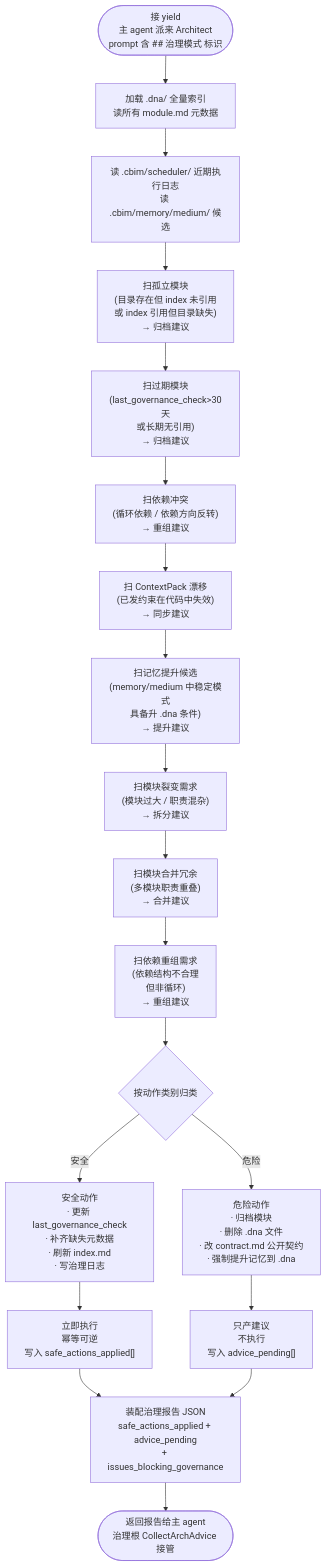
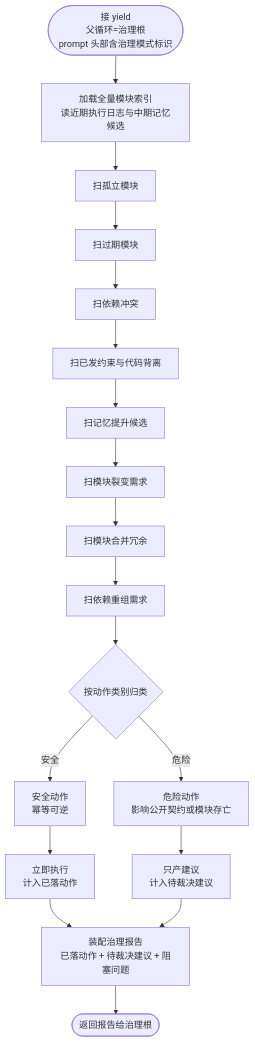
The second of 2 diagrams in design/WORKFLOW-ARCHITECT.zh-CN.md (nan023062/agent-team-cc), drawn with Mermaid before and after one commit. The commit also changed other lines of this file and 36 other files, not shown here.

````diff
--- a/design/WORKFLOW-ARCHITECT.zh-CN.md
+++ b/design/WORKFLOW-ARCHITECT.zh-CN.md
@@ -194,47 +76,34 @@
 ```mermaid
 flowchart TD
-    Yield(["接 yield<br/>主 agent 派来 Architect<br/>prompt 含 ## 治理模式 标识"])
+    Yield(["接 yield<br/>父循环=治理根<br/>prompt 头部含治理模式标识"])
 
-    LoadIdx["加载 .dna/ 全量索引<br/>读所有 module.md 元数据"]
-    LoadLogs["读 .cbim/scheduler/ 近期执行日志<br/>读 .cbim/memory/medium/ 候选"]
+    LoadAll["加载全量模块索引<br/>读近期执行日志与中期记忆候选"]
 
-    Scan1["扫孤立模块<br/>(目录存在但 index 未引用<br/>或 index 引用但目录缺失)<br/>→ 归档建议"]
-    Scan2["扫过期模块<br/>(last_governance_check>30天<br/>或长期无引用)<br/>→ 归档建议"]
-    Scan3["扫依赖冲突<br/>(循环依赖 / 依赖方向反转)<br/>→ 重组建议"]
-    Scan4["扫 ContextPack 漂移<br/>(已发约束在代码中失效)<br/>→ 同步建议"]
-    Scan5["扫记忆提升候选<br/>(memory/medium 中稳定模式<br/>具备升 .dna 条件)<br/>→ 提升建议"]
-    Scan6["扫模块裂变需求<br/>(模块过大 / 职责混杂)<br/>→ 拆分建议"]
-    Scan7["扫模块合并冗余<br/>(多模块职责重叠)<br/>→ 合并建议"]
-    Scan8["扫依赖重组需求<br/>(依赖结构不合理<br/>但非循环)<br/>→ 重组建议"]
+    ScanOrphan["扫孤立模块"]
+    ScanStale["扫过期模块"]
+    ScanCycle["扫依赖冲突"]
+    ScanDrift["扫已发约束与代码背离"]
+    ScanPromote["扫记忆提升候选"]
+    ScanSplit["扫模块裂变需求"]
+    ScanMerge["扫模块合并冗余"]
+    ScanRestructure["扫依赖重组需求"]
 
     Classify{"按动作类别归类"}
 
-    Safe["安全动作<br/>· 更新 last_governance_check<br/>· 补齐缺失元数据<br/>· 刷新 index.md<br/>· 写治理日志"]
-    SafeApply["立即执行<br/>幂等可逆<br/>写入 safe_actions_applied[]"]
+    Safe["安全动作<br/>幂等可逆"]
+    SafeApply["立即执行<br/>计入已落动作"]
 
-    Risky["危险动作<br/>· 归档模块<br/>· 删除 .dna 文件<br/>· 改 contract.md 公开契约<br/>· 强制提升记忆到 .dna"]
-    RiskyAdvise["只产建议<br/>不执行<br/>写入 advice_pending[]"]
+    Risky["危险动作<br/>影响公开契约或模块存亡"]
+    RiskyAdvise["只产建议<br/>计入待裁决建议"]
 
-    BuildReport["装配治理报告 JSON<br/>safe_actions_applied + advice_pending<br/>+ issues_blocking_governance"]
+    Report["装配治理报告<br/>已落动作 + 待裁决建议 + 阻塞问题"]
+    Return(["返回报告给治理根"])
 
-    Return(["返回报告给主 agent<br/>治理根 CollectArchAdvice 接管"])
-
-    Yield --> LoadIdx
-    LoadIdx --> LoadLogs
-    LoadLogs --> Scan1
-    Scan1 --> Scan2
-    Scan2 --> Scan3
-    Scan3 --> Scan4
-    Scan4 --> Scan5
-    Scan5 --> Scan6
-    Scan6 --> Scan7
-    Scan7 --> Scan8
-    Scan8 --> Classify
-    Classify -->|安全| Safe
-    Classify -->|危险| Risky
-    Safe --> SafeApply
-    Risky --> RiskyAdvise
-    SafeApply --> BuildReport
-    RiskyAdvise --> BuildReport
-    BuildReport --> Return
+    Yield --> LoadAll
+    LoadAll --> ScanOrphan --> ScanStale --> ScanCycle --> ScanDrift
+    ScanDrift --> ScanPromote --> ScanSplit --> ScanMerge --> ScanRestructure
+    ScanRestructure --> Classify
+    Classify -->|安全| Safe --> SafeApply --> Report
+    Classify -->|危险| Risky --> RiskyAdvise --> Report
+    Report --> Return
 ```
````
